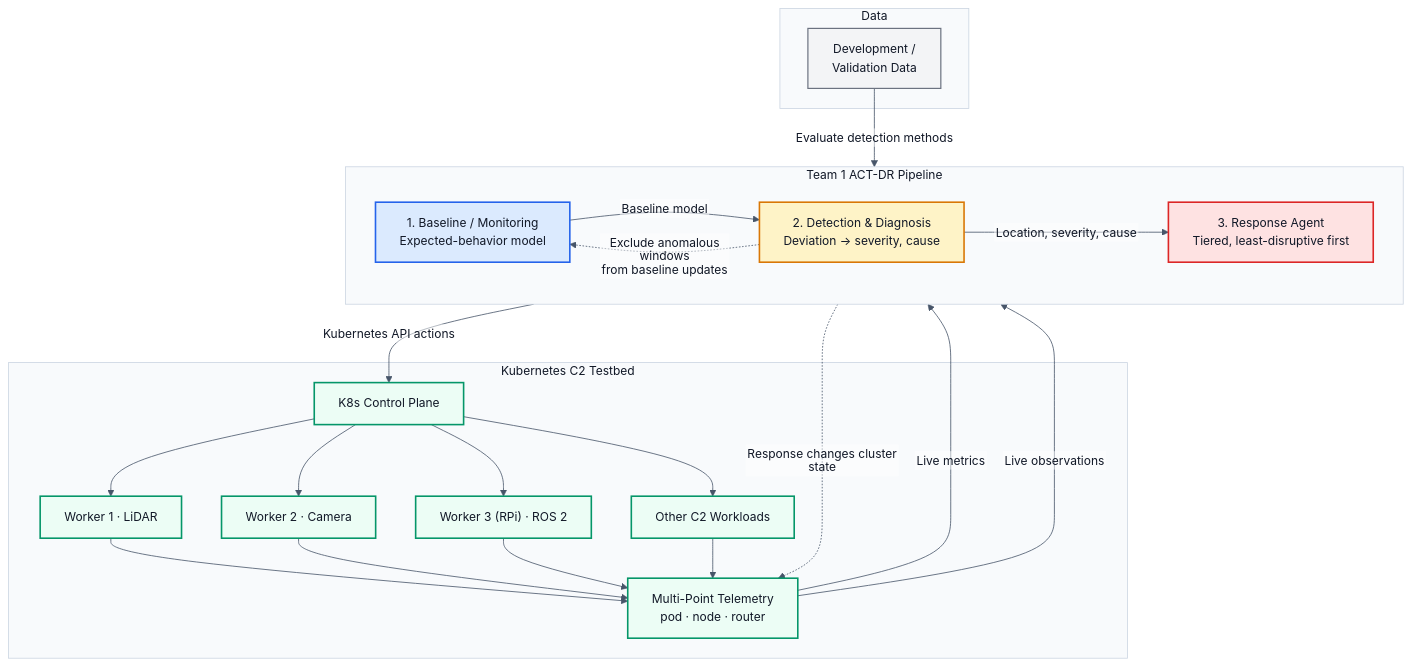
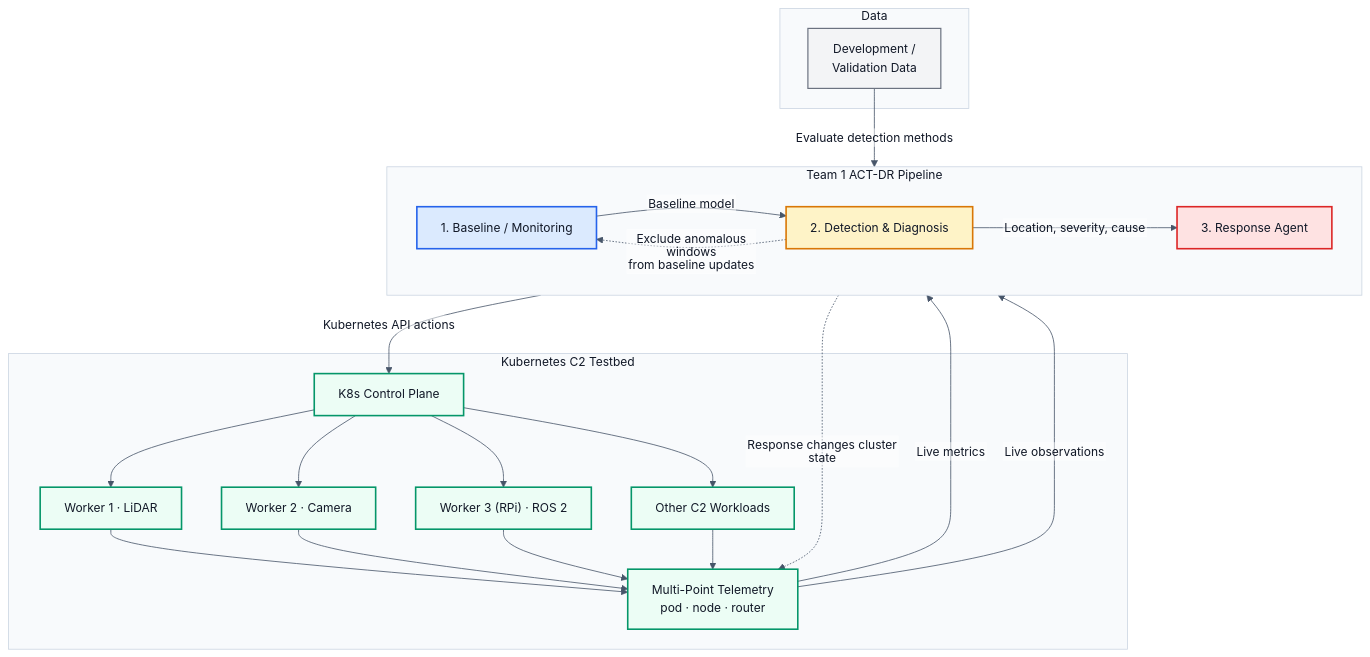
One commit to COStmau/RTCT1 changed the diagram in docs/act-dr-architecture.md. Above: the diagram before and after it, drawn with Mermaid. The commit also changed 2 other files, not shown here.

Commit message:
docs: drop subsystem subtitle lines from pipeline boxes

````diff
--- a/docs/act-dr-architecture.md
+++ b/docs/act-dr-architecture.md
@@ -3,48 +3,48 @@
 ```mermaid
 %%{init: {"theme": "base", "flowchart": {"htmlLabels": false}, "themeVariables": {"fontFamily": "Helvetica, Arial", "fontSize": "15px", "primaryTextColor": "#111827", "secondaryTextColor": "#111827", "tertiaryTextColor": "#111827", "lineColor": "#475569", "edgeLabelBackground": "#ffffff", "clusterBkg": "#f8fafc", "clusterBorder": "#cbd5e1"}}}%%
 flowchart TB
 
     subgraph PIPE["Team 1 ACT-DR Pipeline"]
         direction LR
-        B["1. Baseline / Monitoring<br/>Expected-behavior model"]
-        DD["2. Detection &amp; Diagnosis<br/>Deviation → severity, cause"]
-        R["3. Response Agent<br/>Tiered, least-disruptive first"]
+        B["1. Baseline / Monitoring"]
+        DD["2. Detection &amp; Diagnosis"]
+        R["3. Response Agent"]
         B -->|"Baseline model"| DD
         DD -->|"Location, severity, cause"| R
     end
 
     subgraph K8S["Kubernetes C2 Testbed"]
         CP["K8s Control Plane"]
         W1["Worker 1 · LiDAR"]
         W2["Worker 2 · Camera"]
         W3["Worker 3 (RPi) · ROS 2"]
         OT["Other C2 Workloads"]
         TEL["Multi-Point Telemetry<br/>pod · node · router"]
 
         CP --> W1 & W2 & W3 & OT
         W1 & W2 & W3 & OT --> TEL
     end
 
     subgraph DATA["Data"]
         D1["Development /<br/>Validation Data"]
     end
 
     D1 -->|"Evaluate detection methods"| DD
     TEL -->|"Live metrics"| B
     TEL -->|"Live observations"| DD
     R -->|"Kubernetes API actions"| CP
     R -.->|"Response changes cluster state"| TEL
     DD -.->|"Exclude anomalous windows<br/>from baseline updates"| B
 
     classDef baseline fill:#dbeafe,stroke:#2563eb,color:#111827,stroke-width:2px;
     classDef detection fill:#fef3c7,stroke:#d97706,color:#111827,stroke-width:2px;
     classDef response fill:#fee2e2,stroke:#dc2626,color:#111827,stroke-width:2px;
     classDef k8snode fill:#ecfdf5,stroke:#059669,color:#111827,stroke-width:2px;
     classDef data fill:#f3f4f6,stroke:#6b7280,color:#111827,stroke-width:1.5px;
 
     class B baseline;
     class DD detection;
     class R response;
     class CP,W1,W2,W3,OT,TEL k8snode;
     class D1 data;
 ```
````
